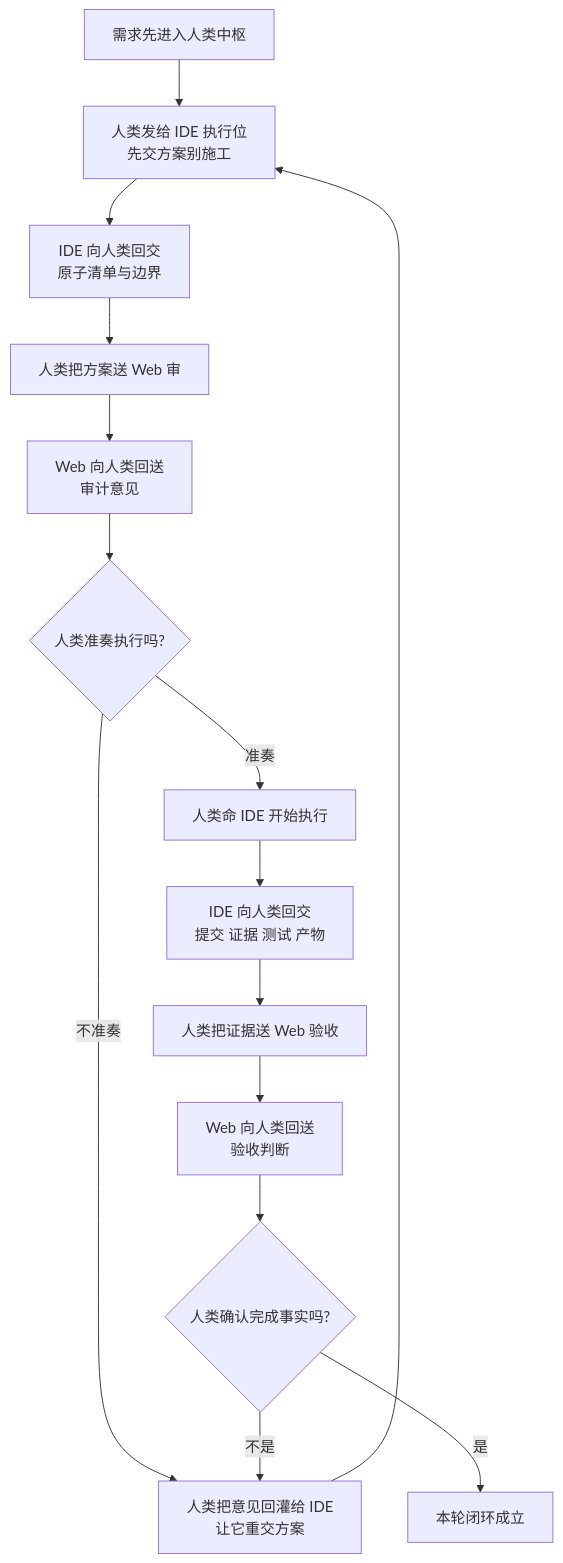
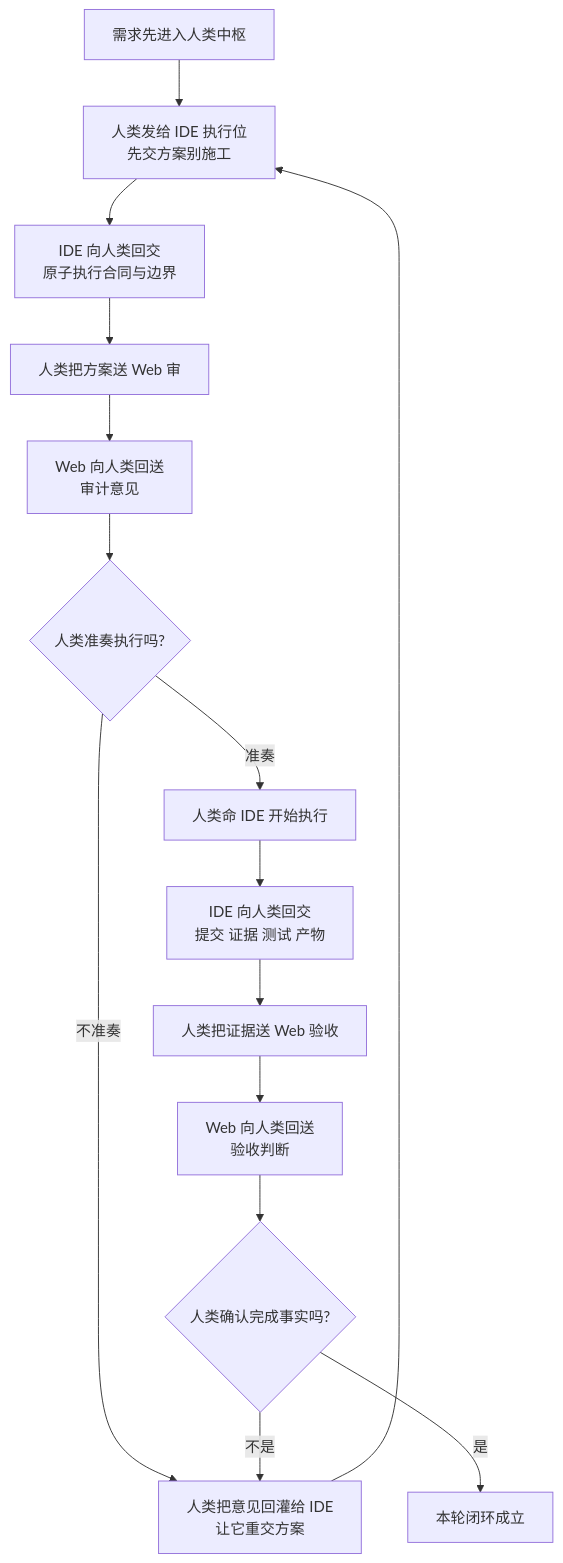
The diagram in wiki/02-最小闭环与核心礼法/最小闭环：一次审计版与多次审计版.md (blackzhanzhan/Cyber-Ming-Protocol), drawn with Mermaid before and after one commit. The commit also changed other lines of this file and 10 other files, not shown here.

````diff
--- a/wiki/02-最小闭环与核心礼法/最小闭环：一次审计版与多次审计版.md
+++ b/wiki/02-最小闭环与核心礼法/最小闭环：一次审计版与多次审计版.md
@@ -47,17 +47,17 @@
 ```mermaid
 flowchart TD
     A[需求先进入人类中枢] --> B[人类发给 IDE 执行位<br/>先交方案别施工]
-    B --> C[IDE 向人类回交<br/>原子清单与边界]
+    B --> C[IDE 向人类回交<br/>原子执行合同与边界]
     C --> D[人类把方案送 Web 审]
     D --> E[Web 向人类回送<br/>审计意见]
     E --> F{人类准奏执行吗?}
     F -- 不准奏 --> G[人类把意见回灌给 IDE<br/>让它重交方案]
     G --> B
     F -- 准奏 --> H[人类命 IDE 开始执行]
     H --> I[IDE 向人类回交<br/>提交 证据 测试 产物]
     I --> J[人类把证据送 Web 验收]
     J --> K[Web 向人类回送<br/>验收判断]
     K --> L{人类确认完成事实吗?}
     L -- 不是 --> G
     L -- 是 --> M[本轮闭环成立]
 ```
````
